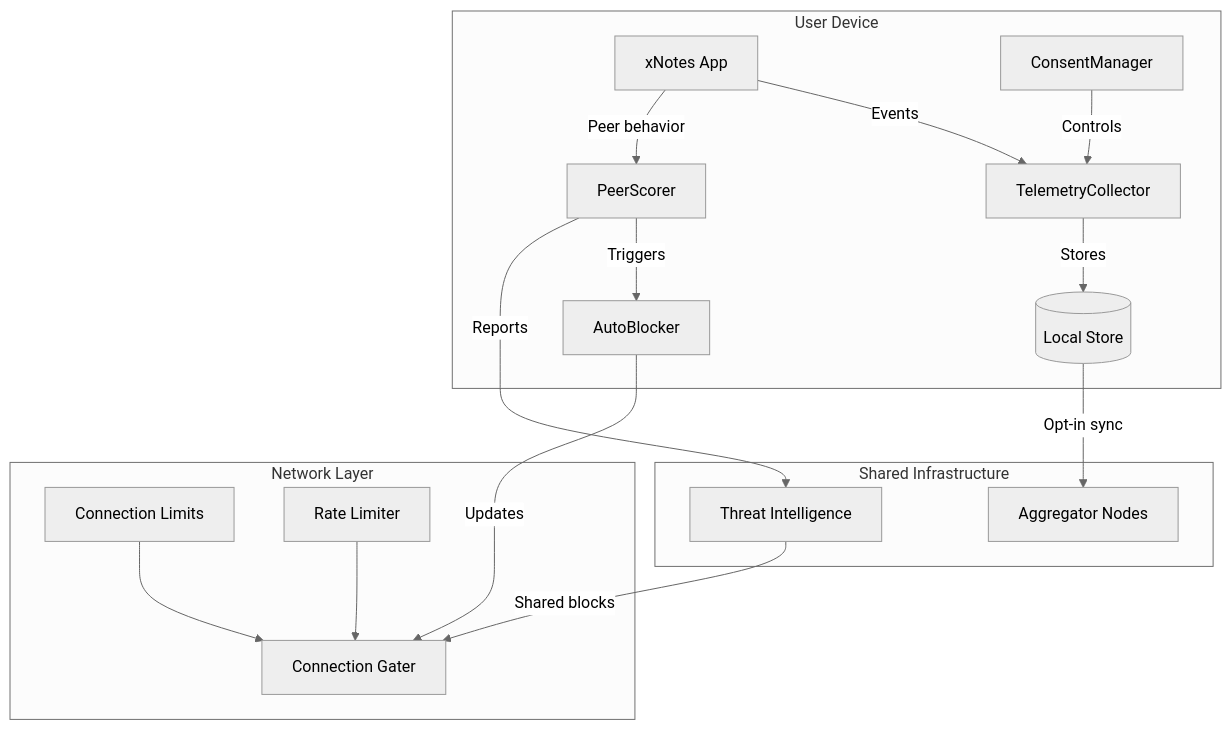
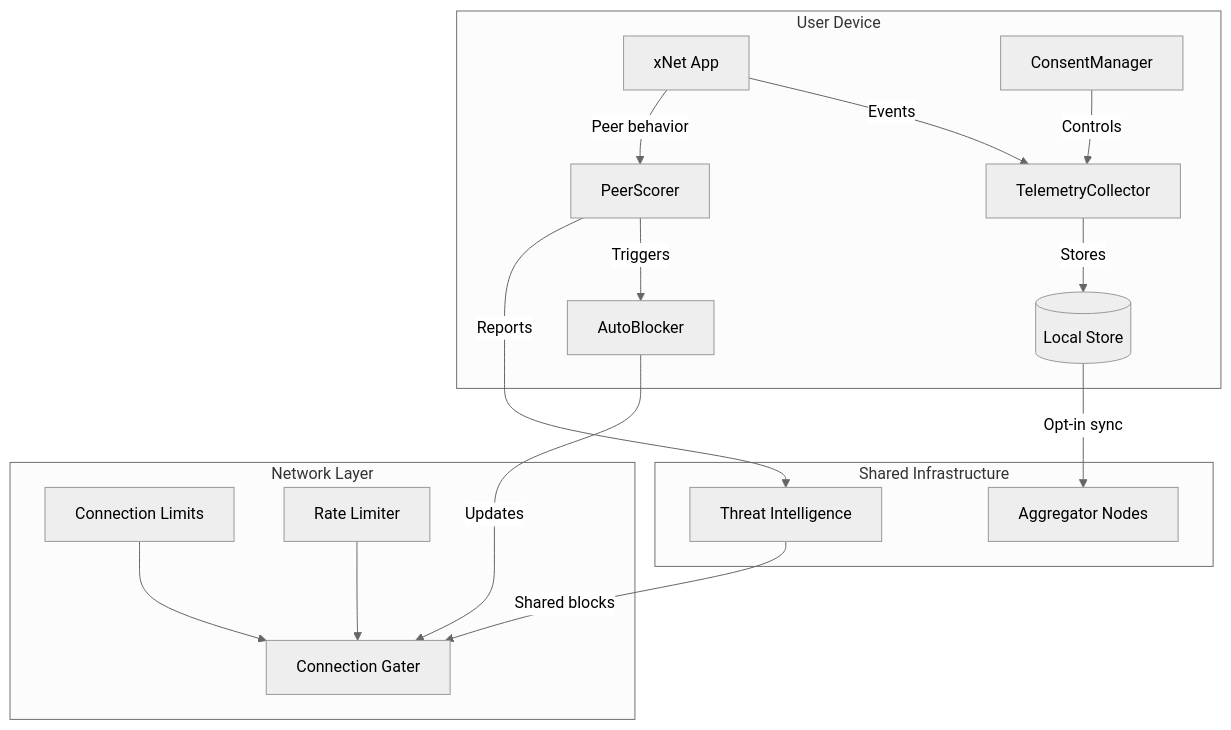
The diagram in docs/planStep03_1TelemetryAndNetworkSecurity/README.md (crs48/xNet), drawn with Mermaid (neutral theme) before and after one commit. The commit also changed other lines of this file and 44 other files, not shown here.

First line of the commit message:
Rename xNotes to xNet throughout codebase

````diff
--- a/docs/planStep03_1TelemetryAndNetworkSecurity/README.md
+++ b/docs/planStep03_1TelemetryAndNetworkSecurity/README.md
@@ -37,36 +37,36 @@
 ```mermaid
 flowchart TB
     subgraph "User Device"
-        APP[xNotes App]
+        APP[xNet App]
         CONSENT[ConsentManager]
         COLLECTOR[TelemetryCollector]
         SCORER[PeerScorer]
         BLOCKER[AutoBlocker]
         LOCAL[(Local Store)]
     end
 
     subgraph "Network Layer"
         LIMITS[Connection Limits]
         RATES[Rate Limiter]
         GATER[Connection Gater]
     end
 
     subgraph "Shared Infrastructure"
         AGG[Aggregator Nodes]
         THREAT[Threat Intelligence]
     end
 
     APP -->|"Events"| COLLECTOR
     APP -->|"Peer behavior"| SCORER
     CONSENT -->|"Controls"| COLLECTOR
     COLLECTOR -->|"Stores"| LOCAL
     SCORER -->|"Triggers"| BLOCKER
     BLOCKER -->|"Updates"| GATER
 
     LOCAL -->|"Opt-in sync"| AGG
     SCORER -->|"Reports"| THREAT
     THREAT -->|"Shared blocks"| GATER
 
     LIMITS --> GATER
     RATES --> GATER
 ```
````
